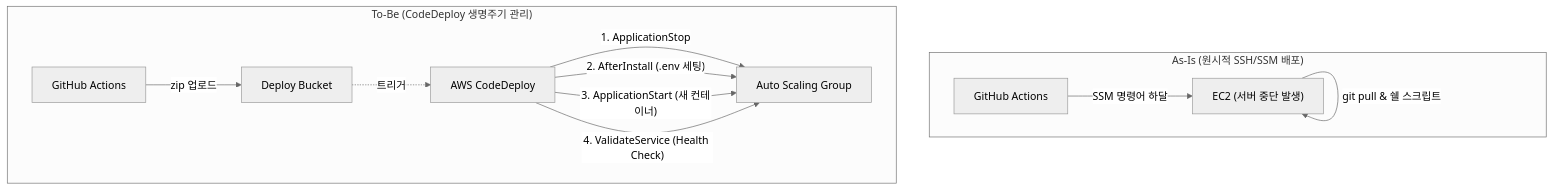
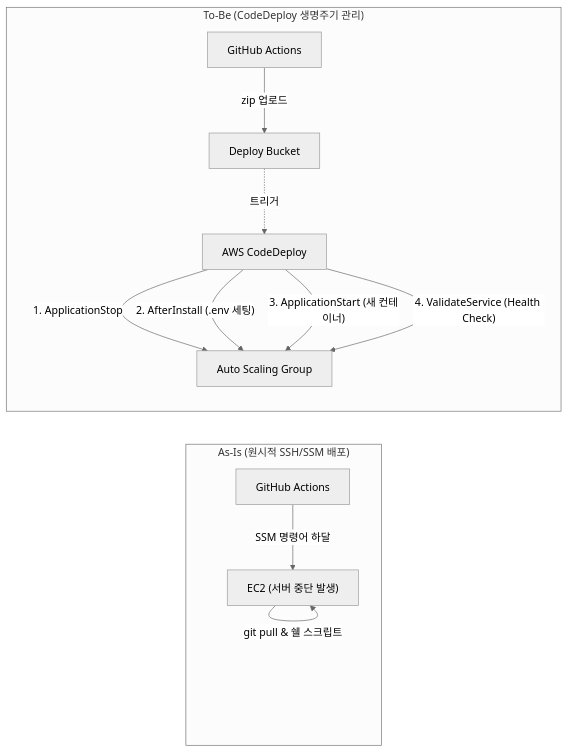
The diagram in _posts/2026-07-07-codedeploy-in-place-pipeline.md (duwnstj/duwnstj.github.io), drawn with Mermaid (neutral theme) before and after one commit. The commit also changed 1 other file, not shown here.

Commit message:
fix(blog): Mermaid 다이어그램 좌우(LR) 배치 및 확대 적용

````diff
--- a/_posts/2026-07-07-codedeploy-in-place-pipeline.md
+++ b/_posts/2026-07-07-codedeploy-in-place-pipeline.md
@@ -20,16 +20,18 @@
 ```mermaid
-graph TD
+graph LR
     subgraph vpc_old["As-Is (원시적 SSH/SSM 배포)"]
+        direction TB
         G1["GitHub Actions"] -- "SSM 명령어 하달" --> EC2_Old["EC2 (서버 중단 발생)"]
         EC2_Old -- "git pull & 쉘 스크립트" --> EC2_Old
     end
 
     subgraph vpc_new["To-Be (CodeDeploy 생명주기 관리)"]
+        direction TB
         G2["GitHub Actions"] -- "zip 업로드" --> S3["Deploy Bucket"]
         S3 -. "트리거" .-> CD["AWS CodeDeploy"]
         CD -- "1. ApplicationStop" --> ASG["Auto Scaling Group"]
         CD -- "2. AfterInstall (.env 세팅)" --> ASG
         CD -- "3. ApplicationStart (새 컨테이너)" --> ASG
         CD -- "4. ValidateService (Health Check)" --> ASG
     end
 ```
````
